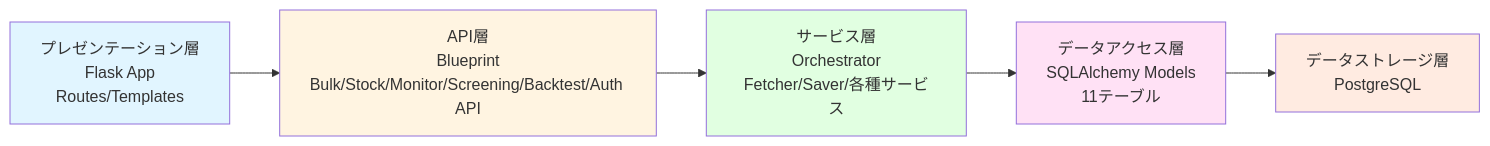
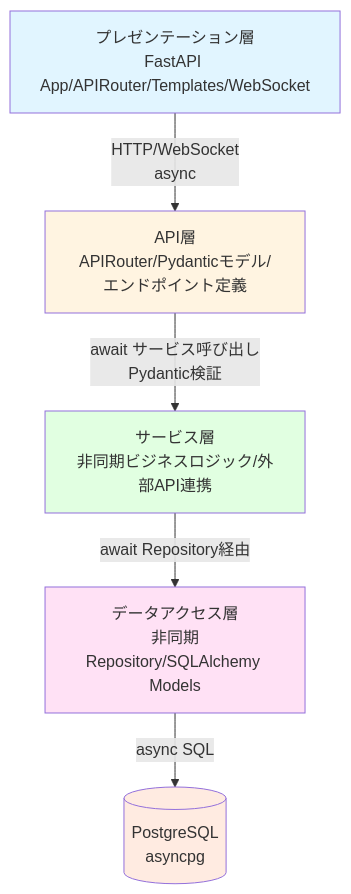
One commit to TIMMY-WEST/STOCK-INVESTMENT-ANALYZER changed the third of 3 diagrams in docs/architecture/architecture_overview.md. Above: the diagram before and after it, drawn with Mermaid. The commit also changed other lines of this file and 1 other file, not shown here.

````diff
--- a/docs/architecture/architecture_overview.md
+++ b/docs/architecture/architecture_overview.md
@@ -238,16 +242,19 @@
 ```mermaid
-graph LR
-    A[プレゼンテーション層<br/>Flask App<br/>Routes/Templates]
-    B[API層<br/>Blueprint<br/>Bulk/Stock/Monitor/Screening/Backtest/Auth API]
-    C[サービス層<br/>Orchestrator<br/>Fetcher/Saver/各種サービス]
-    D[データアクセス層<br/>SQLAlchemy Models<br/>11テーブル]
-    E[データストレージ層<br/>PostgreSQL]
+graph TB
+    A[プレゼンテーション層<br/>FastAPI App/APIRouter/Templates/WebSocket]
+    B[API層<br/>APIRouter/Pydanticモデル/エンドポイント定義]
+    C[サービス層<br/>非同期ビジネスロジック/外部API連携]
+    D[データアクセス層<br/>非同期Repository/SQLAlchemy Models]
+    E[(PostgreSQL<br/>asyncpg)]
 
-    A --> B --> C --> D --> E
+    A -->|HTTP/WebSocket<br/>async| B
+    B -->|await サービス呼び出し<br/>Pydantic検証| C
+    C -->|await Repository経由| D
+    D -->|async SQL| E
 
     style A fill:#e1f5ff
     style B fill:#fff4e1
     style C fill:#e1ffe1
     style D fill:#ffe1f5
     style E fill:#ffebe1
 ```
````
